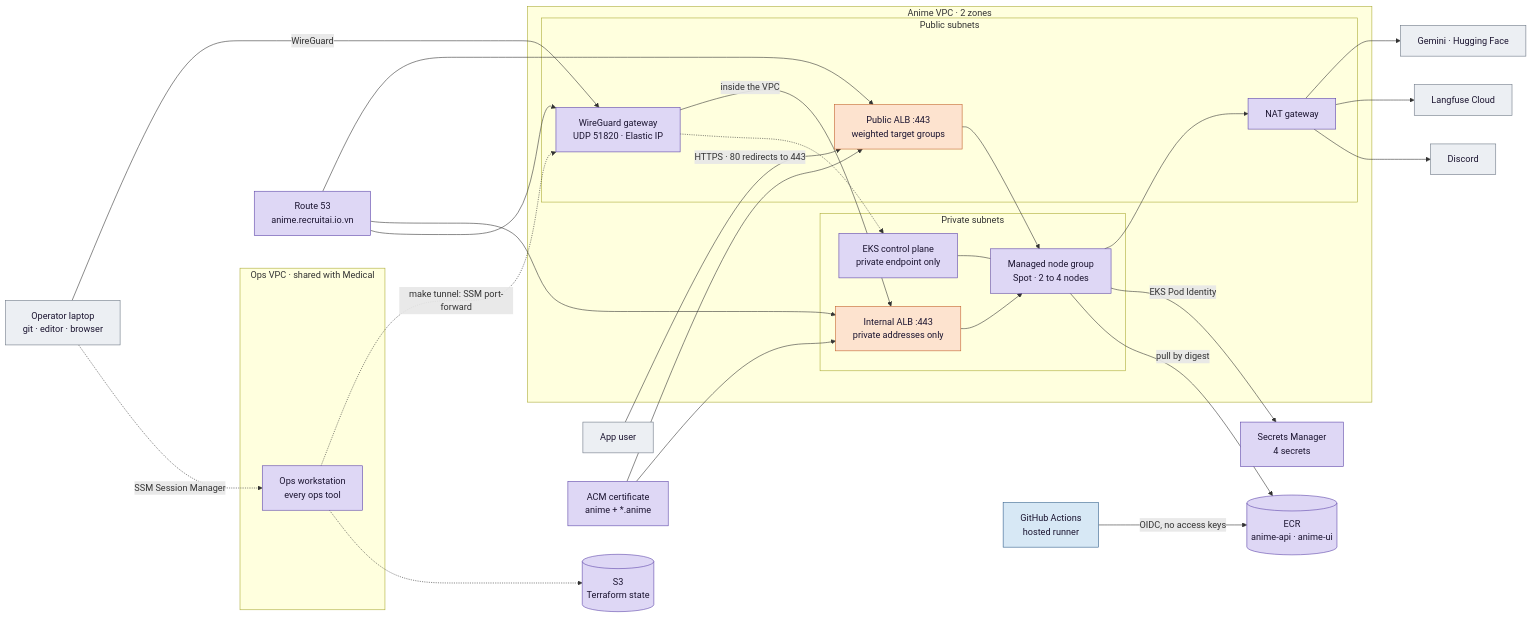
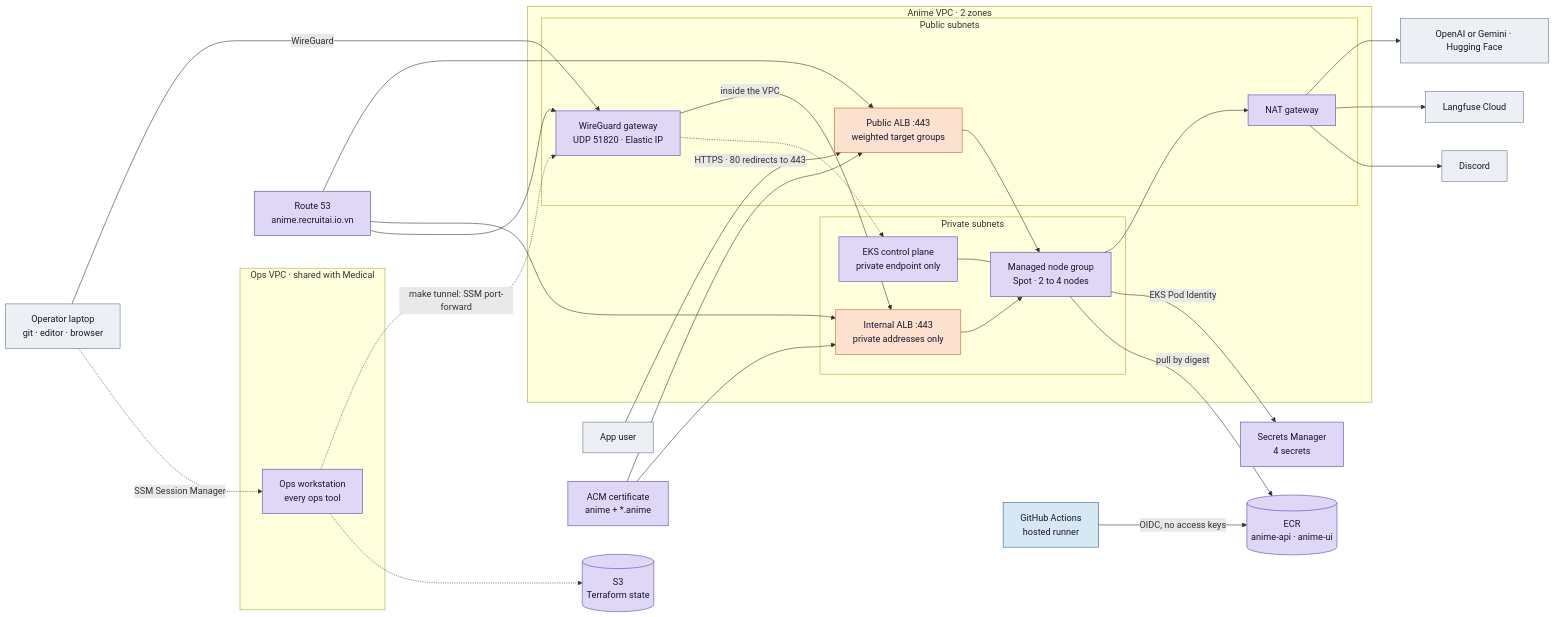
Before and after one commit to biabeogo147/Anime-Recommender: the first of 4 diagrams in README.md, drawn with Mermaid. The commit also changed other lines of this file and 30 other files, not shown here.

````diff
--- a/README.md
+++ b/README.md
@@ -64,56 +64,56 @@
 ```mermaid
 flowchart LR
     USER["App user"]
     OP["Operator laptop<br/>git · editor · browser"]
     GHA["GitHub Actions<br/>hosted runner"]
 
     subgraph OPSVPC["Ops VPC · shared with Medical"]
         WS["Ops workstation<br/>every ops tool"]
     end
 
     subgraph VPC["Anime VPC · 2 zones"]
         subgraph PUB["Public subnets"]
             ALB["Public ALB :443<br/>weighted target groups"]
             WG["WireGuard gateway<br/>UDP 51820 · Elastic IP"]
             NAT["NAT gateway"]
         end
         subgraph PRIV["Private subnets"]
             IALB["Internal ALB :443<br/>private addresses only"]
             EKSCP["EKS control plane<br/>private endpoint only"]
             NODES["Managed node group<br/>Spot · 2 to 4 nodes"]
         end
     end
 
     R53["Route 53<br/>anime.recruitai.io.vn"]
     ACM["ACM certificate<br/>anime + *.anime"]
     ECR[("ECR<br/>anime-api · anime-ui")]
     SM["Secrets Manager<br/>4 secrets"]
     S3[("S3<br/>Terraform state")]
-    EXT["Gemini · Hugging Face"]
+    EXT["OpenAI or Gemini · Hugging Face"]
     LF["Langfuse Cloud"]
     DIS["Discord"]
 
     USER -->|"HTTPS · 80 redirects to 443"| ALB --> NODES
     OP -->|"WireGuard"| WG -->|"inside the VPC"| IALB --> NODES
     OP -.->|"SSM Session Manager"| WS
     WS -.->|"make tunnel: SSM port-forward"| WG -.-> EKSCP
     R53 --> ALB & IALB & WG
     ACM --> ALB & IALB
     EKSCP --- NODES
     NODES --> NAT --> EXT
     NAT --> LF
     NAT --> DIS
     NODES -->|"EKS Pod Identity"| SM
     NODES -->|"pull by digest"| ECR
     GHA -->|"OIDC, no access keys"| ECR
     WS -.-> S3
 
     classDef tf fill:#ded7f5,stroke:#5b43a8,color:#1b1430;
     classDef gha fill:#d7e8f5,stroke:#2f5d8a,color:#1b1430;
     classDef argo fill:#fde3cf,stroke:#c2602a,color:#1b1430;
     classDef ext fill:#eceff3,stroke:#6b7684,color:#1b1430;
     class WS,WG,NAT,EKSCP,NODES,ECR,SM,S3,R53,ACM tf
     class ALB,IALB argo
     class GHA gha
     class USER,OP,EXT,LF,DIS ext
 ```
````
